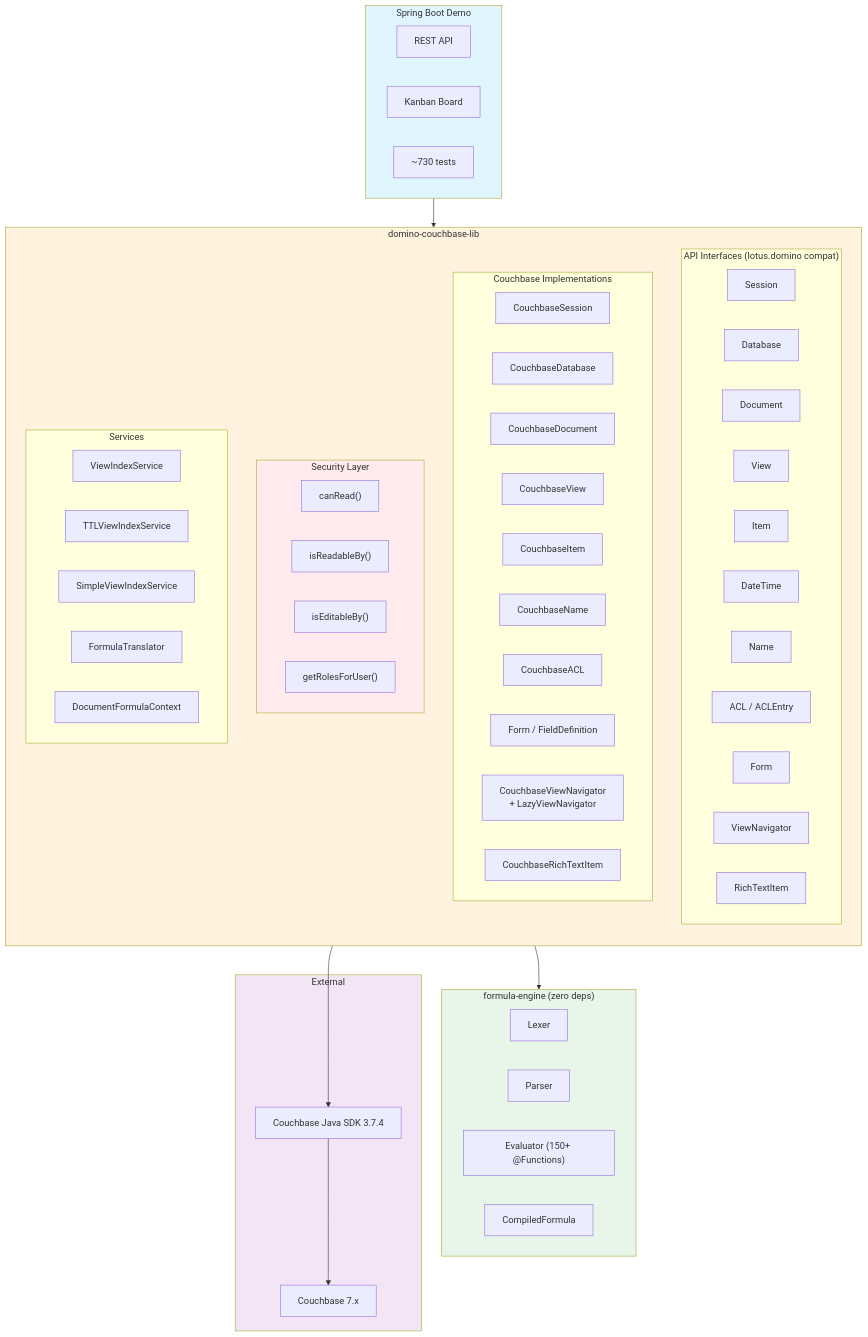
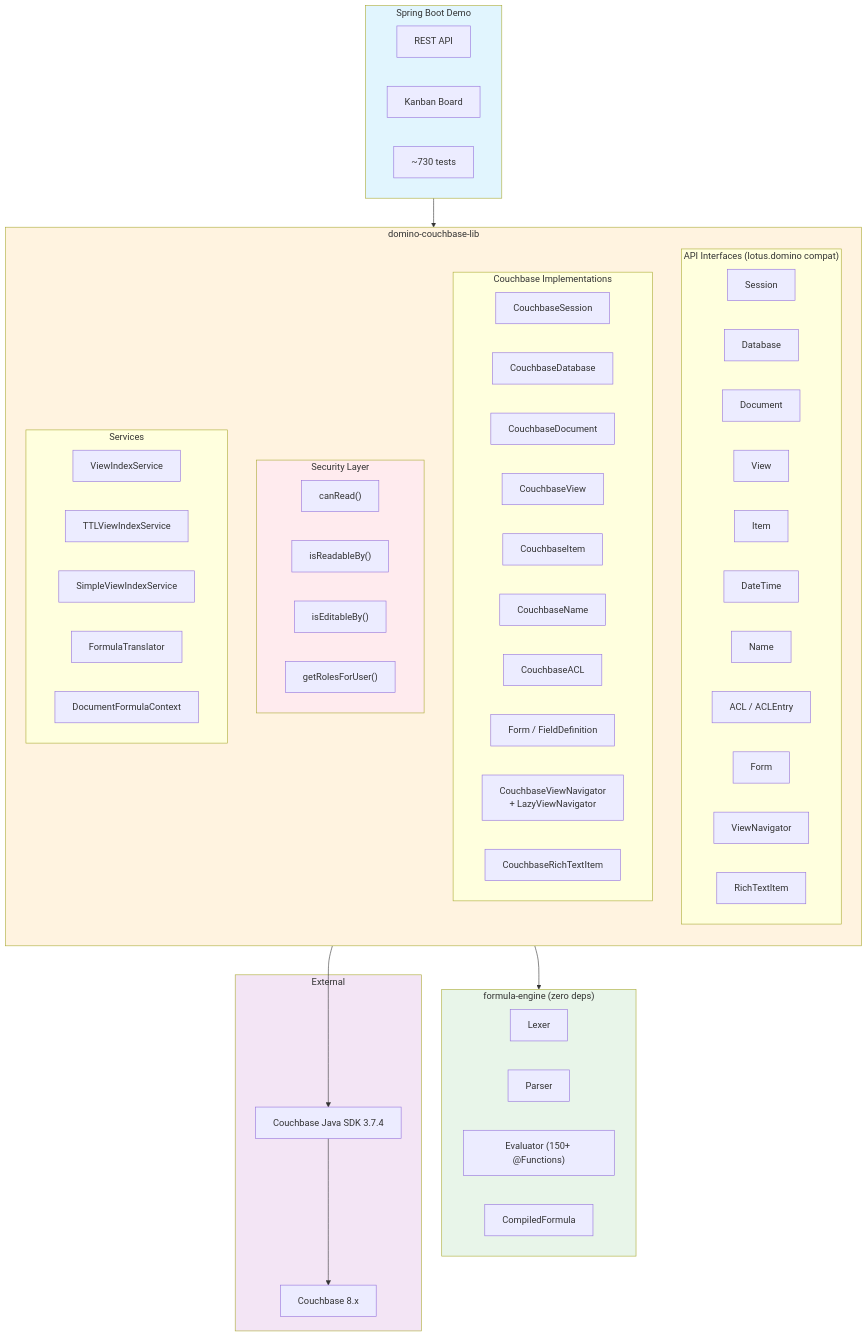
Before and after one commit to frocentus/domcouch: the diagram in README.md, drawn with Mermaid. The commit also changed other lines of this file and 2 other files, not shown here.

Commit message:
docs: Couchbase 7.x→8.x, couchbase8-knowledge.md rewritten
AGENTS.md + README.md: 7.x→8.x in all references (mission statement,
project layout, Mermaid diagram).

couchbase8-knowledge.md: fully rewritten — Couchbase mapping table,
document types, N1QL vs KV consistency, REQUEST_PLUS, rowsAsObject(),
test cleanup pattern, field path escaping, JSON schemas for all 3
document types, item types, security architecture, SDK pitfalls.

````diff
--- a/README.md
+++ b/README.md
@@ -7,76 +7,76 @@
 ```mermaid
 graph TB
     subgraph App["Spring Boot Demo"]
         REST["REST API"]
         Kanban["Kanban Board"]
         Tests["~730 tests"]
     end
 
     subgraph Lib["domino-couchbase-lib"]
         direction TB
         subgraph API["API Interfaces (lotus.domino compat)"]
             Session["Session"]
             Database["Database"]
             Document["Document"]
             View["View"]
             Item["Item"]
             DateTime["DateTime"]
             Name["Name"]
             ACL["ACL / ACLEntry"]
             Form["Form"]
             VN["ViewNavigator"]
             RT["RichTextItem"]
         end
 
         subgraph Impl["Couchbase Implementations"]
             CS["CouchbaseSession"]
             CD["CouchbaseDatabase"]
             CDoc["CouchbaseDocument"]
             CV["CouchbaseView"]
             CI["CouchbaseItem"]
             CN["CouchbaseName"]
             CA["CouchbaseACL"]
             CF["Form / FieldDefinition"]
             CVN["CouchbaseViewNavigator\n+ LazyViewNavigator"]
             CRT["CouchbaseRichTextItem"]
         end
 
         subgraph Security["Security Layer"]
             CR["canRead()"]
             RB["isReadableBy()"]
             EB["isEditableBy()"]
             RL["getRolesForUser()"]
         end
 
         subgraph Services["Services"]
             VIS["ViewIndexService"]
             TTL["TTLViewIndexService"]
             SVS["SimpleViewIndexService"]
             FT["FormulaTranslator"]
             DFC["DocumentFormulaContext"]
         end
     end
 
     subgraph Formula["formula-engine (zero deps)"]
         Lexer["Lexer"]
         Parser["Parser"]
         Eval["Evaluator (150+ @Functions)"]
         CF2["CompiledFormula"]
     end
 
     subgraph Ext["External"]
-        CB["Couchbase 7.x"]
+        CB["Couchbase 8.x"]
         SDK["Couchbase Java SDK 3.7.4"]
     end
 
     App --> Lib
     Lib --> Formula
     Lib --> SDK
     SDK --> CB
 
     style App fill:#e1f5fe
     style Lib fill:#fff3e0
     style Formula fill:#e8f5e9
     style Ext fill:#f3e5f5
     style Security fill:#ffebee
 ```
````
